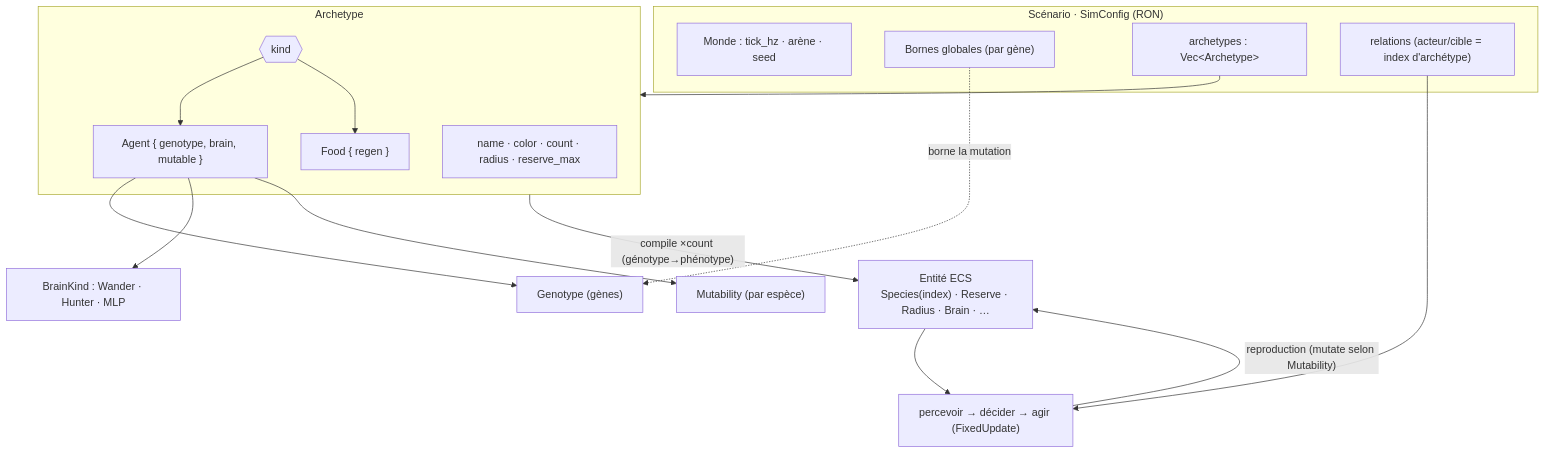
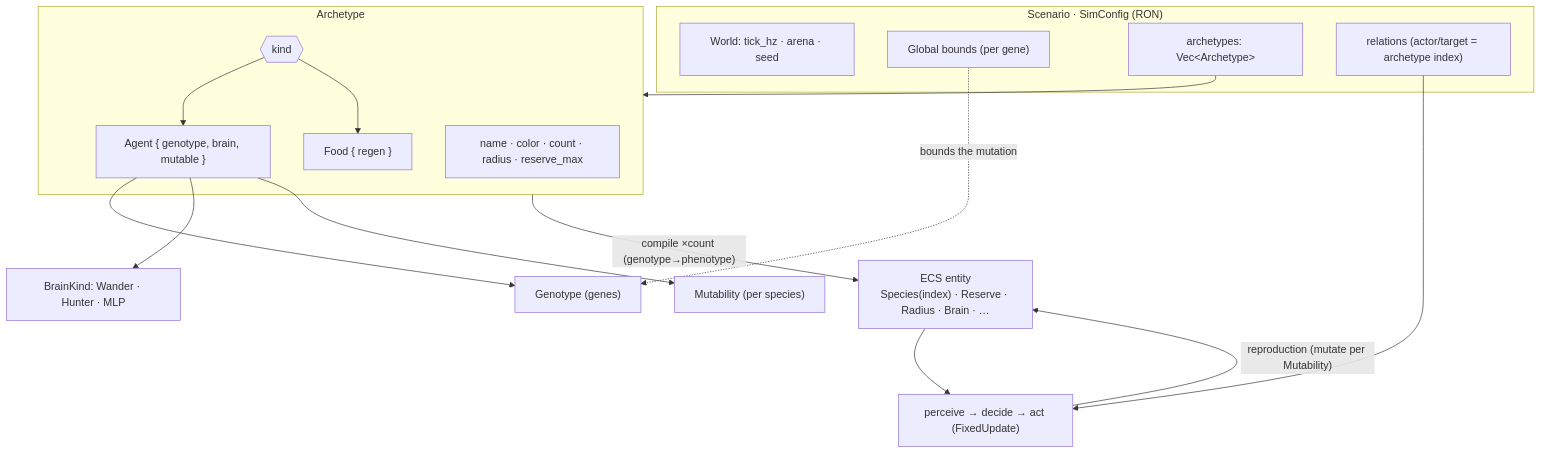
One commit to alexisjapas/teemlab changed the diagram in ROADMAP.md. Above: the diagram before and after it, drawn with Mermaid. The commit also changed other lines of this file and 47 other files, not shown here.

````diff
--- a/ROADMAP.md
+++ b/ROADMAP.md
@@ -459,26 +515,26 @@
 ```mermaid
 flowchart TB
-  subgraph Scenario["Scénario · SimConfig (RON)"]
-    World["Monde : tick_hz · arène · seed"]
-    Bounds["Bornes globales (par gène)"]
-    Archs["archetypes : Vec&lt;Archetype&gt;"]
-    Rels["relations (acteur/cible = index d'archétype)"]
+  subgraph Scenario["Scenario · SimConfig (RON)"]
+    World["World: tick_hz · arena · seed"]
+    Bounds["Global bounds (per gene)"]
+    Archs["archetypes: Vec&lt;Archetype&gt;"]
+    Rels["relations (actor/target = archetype index)"]
   end
   subgraph A["Archetype"]
     Meta["name · color · count · radius · reserve_max"]
     Kind{{"kind"}}
     AgentK["Agent { genotype, brain, mutable }"]
     FoodK["Food { regen }"]
     Kind --> AgentK
     Kind --> FoodK
   end
   Archs --> A
-  AgentK --> Geno["Genotype (gènes)"]
-  AgentK --> BrainK["BrainKind : Wander · Hunter · MLP"]
-  AgentK --> Mut["Mutability (par espèce)"]
-  A -- "compile ×count (génotype→phénotype)" --> Ent["Entité ECS<br/>Species(index) · Reserve · Radius · Brain · …"]
-  Bounds -. borne la mutation .-> Geno
-  Ent --> Loop["percevoir → décider → agir (FixedUpdate)"]
+  AgentK --> Geno["Genotype (genes)"]
+  AgentK --> BrainK["BrainKind: Wander · Hunter · MLP"]
+  AgentK --> Mut["Mutability (per species)"]
+  A -- "compile ×count (genotype→phenotype)" --> Ent["ECS entity<br/>Species(index) · Reserve · Radius · Brain · …"]
+  Bounds -. bounds the mutation .-> Geno
+  Ent --> Loop["perceive → decide → act (FixedUpdate)"]
   Rels --> Loop
-  Loop -- "reproduction (mutate selon Mutability)" --> Ent
+  Loop -- "reproduction (mutate per Mutability)" --> Ent
 ```
````
